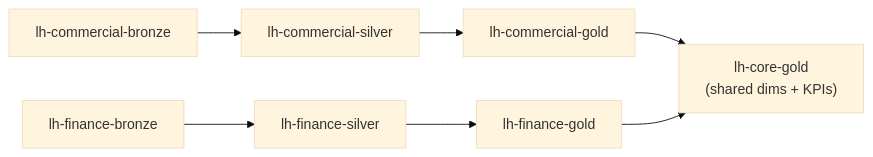
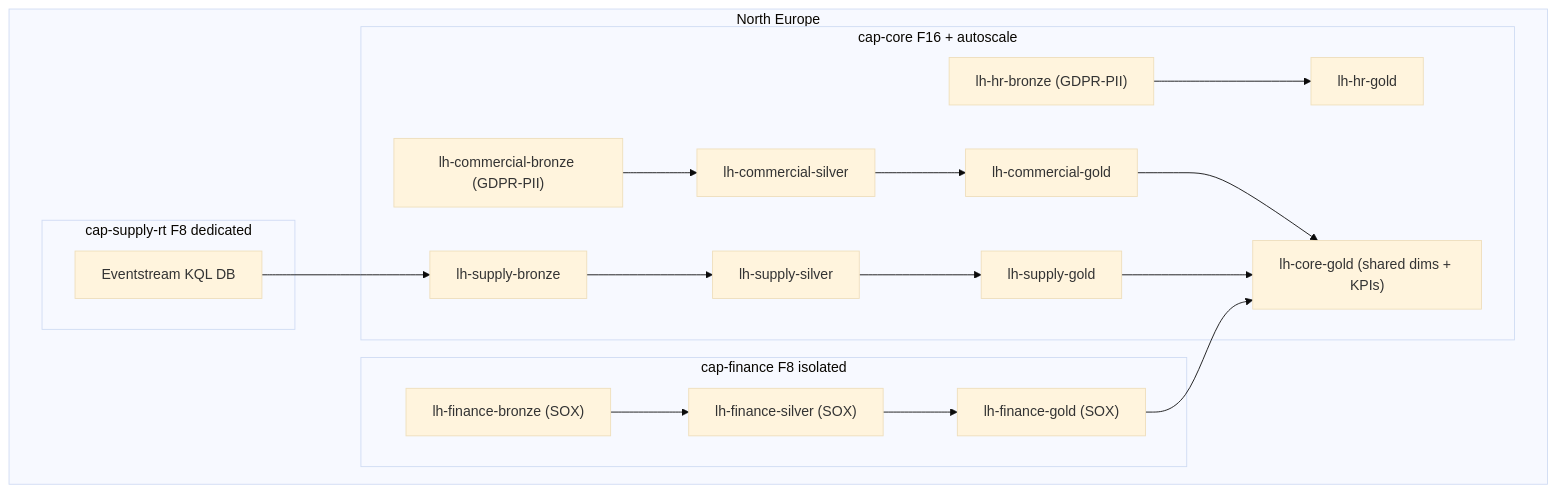
One commit to Jonvoge/fabric-playbook changed the diagram in instances/example-client/pages/05-architecture.md. Above: the diagram before and after it, drawn with Mermaid (base theme). The commit also changed other lines of this file and 15 other files, not shown here.

````diff
--- a/instances/example-client/pages/05-architecture.md
+++ b/instances/example-client/pages/05-architecture.md
@@ -30,7 +42,20 @@
 ```mermaid
-flowchart LR
-  B_C["lh-commercial-bronze"] --> S_C["lh-commercial-silver"] --> G_C["lh-commercial-gold"]
-  B_F["lh-finance-bronze"] --> S_F["lh-finance-silver"] --> G_F["lh-finance-gold"]
-  G_C --> G_CORE["lh-core-gold<br/>(shared dims + KPIs)"]
-  G_F --> G_CORE
+flowchart TB
+  subgraph NE [North Europe]
+    subgraph cap_core [cap-core F16 + autoscale]
+      lh_com_b["lh-commercial-bronze (GDPR-PII)"] --> lh_com_s["lh-commercial-silver"] --> lh_com_g["lh-commercial-gold"]
+      lh_sc_b["lh-supply-bronze"] --> lh_sc_s["lh-supply-silver"] --> lh_sc_g["lh-supply-gold"]
+      lh_hr_b["lh-hr-bronze (GDPR-PII)"] --> lh_hr_g["lh-hr-gold"]
+      lh_core_g["lh-core-gold (shared dims + KPIs)"]
+    end
+    subgraph cap_fin [cap-finance F8 isolated]
+      lh_fin_b["lh-finance-bronze (SOX)"] --> lh_fin_s["lh-finance-silver (SOX)"] --> lh_fin_g["lh-finance-gold (SOX)"]
+    end
+    subgraph cap_rt [cap-supply-rt F8 dedicated]
+      es["Eventstream KQL DB"] --> lh_sc_b
+    end
+  end
+  lh_com_g --> lh_core_g
+  lh_sc_g --> lh_core_g
+  lh_fin_g --> lh_core_g
 ```
````
